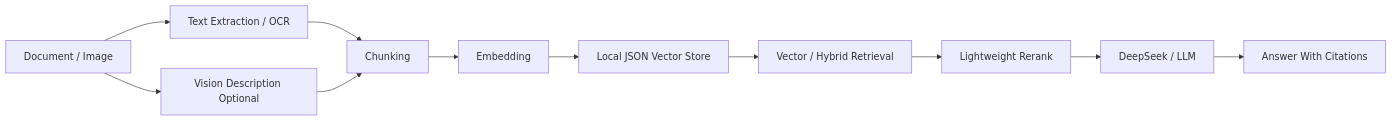
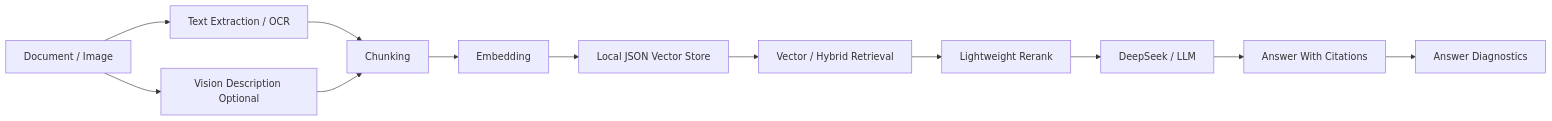
One commit to ljw826732773-png/multimodal-doc-rag changed the diagram in README.md. Above: the diagram before and after it, drawn with Mermaid. The commit also changed other lines of this file and 3 other files, not shown here.

Commit message:
Add answer diagnostics

````diff
--- a/README.md
+++ b/README.md
@@ -46,13 +47,14 @@
 ```mermaid
 flowchart LR
     A["Document / Image"] --> B["Text Extraction / OCR"]
     A --> C["Vision Description Optional"]
     B --> D["Chunking"]
     C --> D
     D --> E["Embedding"]
     E --> F["Local JSON Vector Store"]
     F --> G["Vector / Hybrid Retrieval"]
     G --> H["Lightweight Rerank"]
     H --> I["DeepSeek / LLM"]
     I --> J["Answer With Citations"]
+    J --> K["Answer Diagnostics"]
 ```
````
